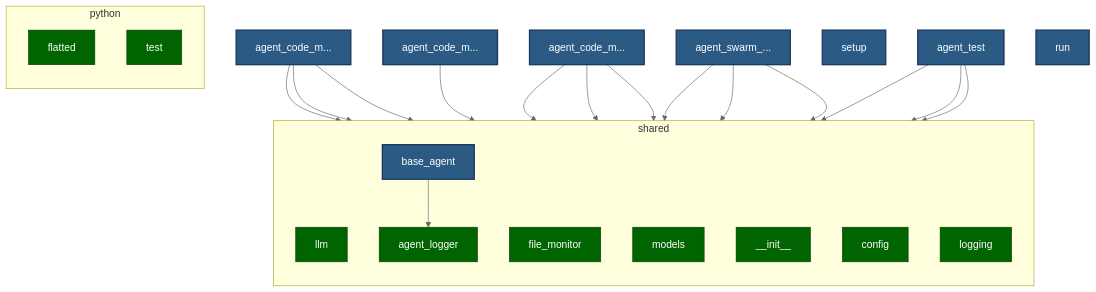
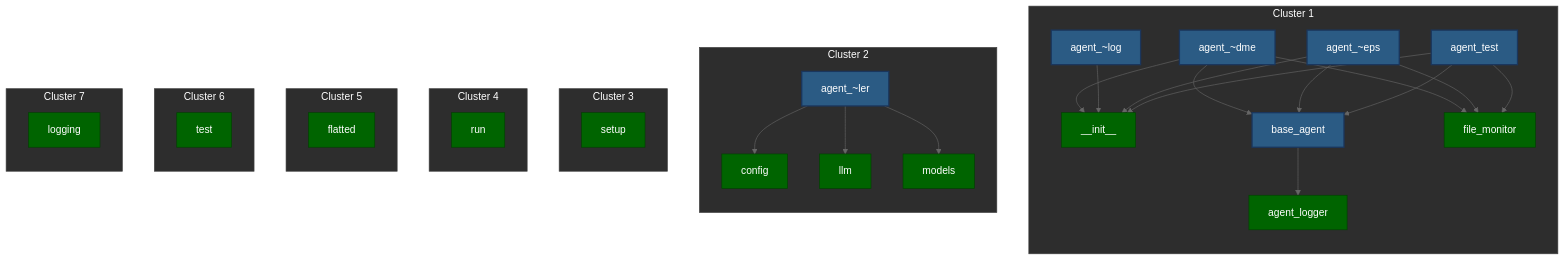
One commit to admica/code_swarm changed the diagram in dependency_graph.md. Above: the diagram before and after it, drawn with Mermaid.

Commit message:
clustered

````diff
--- a/dependency_graph.md
+++ b/dependency_graph.md
@@ -5,52 +5,73 @@
 ```mermaid
-graph TB
+graph TD
     %% Node styles
     classDef python fill:#2b5b84,stroke:#1a365d,color:#fff,stroke-width:2px;
     classDef lua fill:#000080,stroke:#000066,color:#fff,stroke-width:2px;
     classDef heavy_deps fill:#8b0000,stroke:#580000,color:#fff,stroke-width:3px;
     classDef light_deps fill:#006400,stroke:#004100,color:#fff,stroke-width:1px;
+    classDef cluster fill:#2d2d2d,stroke:#404040,color:#fff;
 
     %% Link styles
     linkStyle default stroke:#666,stroke-width:1px;
-    subgraph shared[shared]
+    subgraph cluster_0[Cluster 1]
     direction TB
+        agent_code_mon_readme.py[agent_~dme]:::python
+        agent_code_mon_deps.py[agent_~eps]:::python
+        agent_test.py[agent_test]:::python
+        shared_base_agent.py[base_agent]:::python
+        agent_code_mon_changelog.py[agent_~log]:::python
+        shared_file_monitor.py[file_monitor]:::light_deps
+        shared_agent_logger.py[agent_logger]:::light_deps
+        shared___init__.py[__init__]:::light_deps
+    end
+    style cluster_0 fill:#2d2d2d,stroke:#404040,color:#fff
+    subgraph cluster_1[Cluster 2]
+    direction TB
+        agent_swarm_controller.py[agent_~ler]:::python
+        shared_config.py[config]:::light_deps
         shared_llm.py[llm]:::light_deps
-        shared_base_agent.py[base_agent]:::python
-        shared_file_monitor.py[file_monitor]:::light_deps
         shared_models.py[models]:::light_deps
-        shared___init__.py[__init__]:::light_deps
-        shared_config.py[config]:::light_deps
-        shared_agent_logger.py[agent_logger]:::light_deps
+    end
+    style cluster_1 fill:#2d2d2d,stroke:#404040,color:#fff
+    subgraph cluster_2[Cluster 3]
+    direction TB
+        setup.py[setup]:::light_deps
+    end
+    style cluster_2 fill:#2d2d2d,stroke:#404040,color:#fff
+    subgraph cluster_3[Cluster 4]
+    direction TB
+        run.py[run]:::light_deps
+    end
+    style cluster_3 fill:#2d2d2d,stroke:#404040,color:#fff
+    subgraph cluster_4[Cluster 5]
+    direction TB
+        frontend_node_modules_flatted_python_flatted.py[flatted]:::light_deps
+    end
+    style cluster_4 fill:#2d2d2d,stroke:#404040,color:#fff
+    subgraph cluster_5[Cluster 6]
+    direction TB
+        frontend_node_modules_flatted_python_test.py[test]:::light_deps
+    end
+    style cluster_5 fill:#2d2d2d,stroke:#404040,color:#fff
+    subgraph cluster_6[Cluster 7]
+    direction TB
         shared_logging.py[logging]:::light_deps
     end
-    subgraph frontend_node_modules_flatted_python[python]
-    direction TB
-        frontend_node_modules_flatted_python_flatted.py[flatted]:::light_deps
-        frontend_node_modules_flatted_python_test.py[test]:::light_deps
-    end
-
-    %% Root directory files
-    agent_code_mon_readme.py[agent_code_m...]:::python
-    agent_code_mon_changelog.py[agent_code_m...]:::python
-    agent_code_mon_deps.py[agent_code_m...]:::python
-    agent_swarm_controller.py[agent_swarm_...]:::python
-    setup.py[setup]:::python
-    agent_test.py[agent_test]:::python
-    run.py[run]:::python
+    style cluster_6 fill:#2d2d2d,stroke:#404040,color:#fff
 
     %% Dependencies
     agent_code_mon_readme.py ==> shared___init__.py
     agent_code_mon_readme.py ==> shared_base_agent.py
     agent_code_mon_readme.py ==> shared_file_monitor.py
     agent_code_mon_changelog.py ==> shared___init__.py
+    agent_code_mon_deps.py ==> shared___init__.py
     agent_code_mon_deps.py ==> shared_base_agent.py
     agent_code_mon_deps.py ==> shared_file_monitor.py
-    agent_code_mon_deps.py ==> shared___init__.py
+    agent_swarm_controller.py ==> shared_config.py
     agent_swarm_controller.py ==> shared_llm.py
-    agent_swarm_controller.py ==> shared_config.py
     agent_swarm_controller.py ==> shared_models.py
+    agent_test.py ==> shared___init__.py
     agent_test.py ==> shared_base_agent.py
     agent_test.py ==> shared_file_monitor.py
-    agent_test.py ==> shared___init__.py
     shared_base_agent.py ==> shared_agent_logger.py
 ```
````
